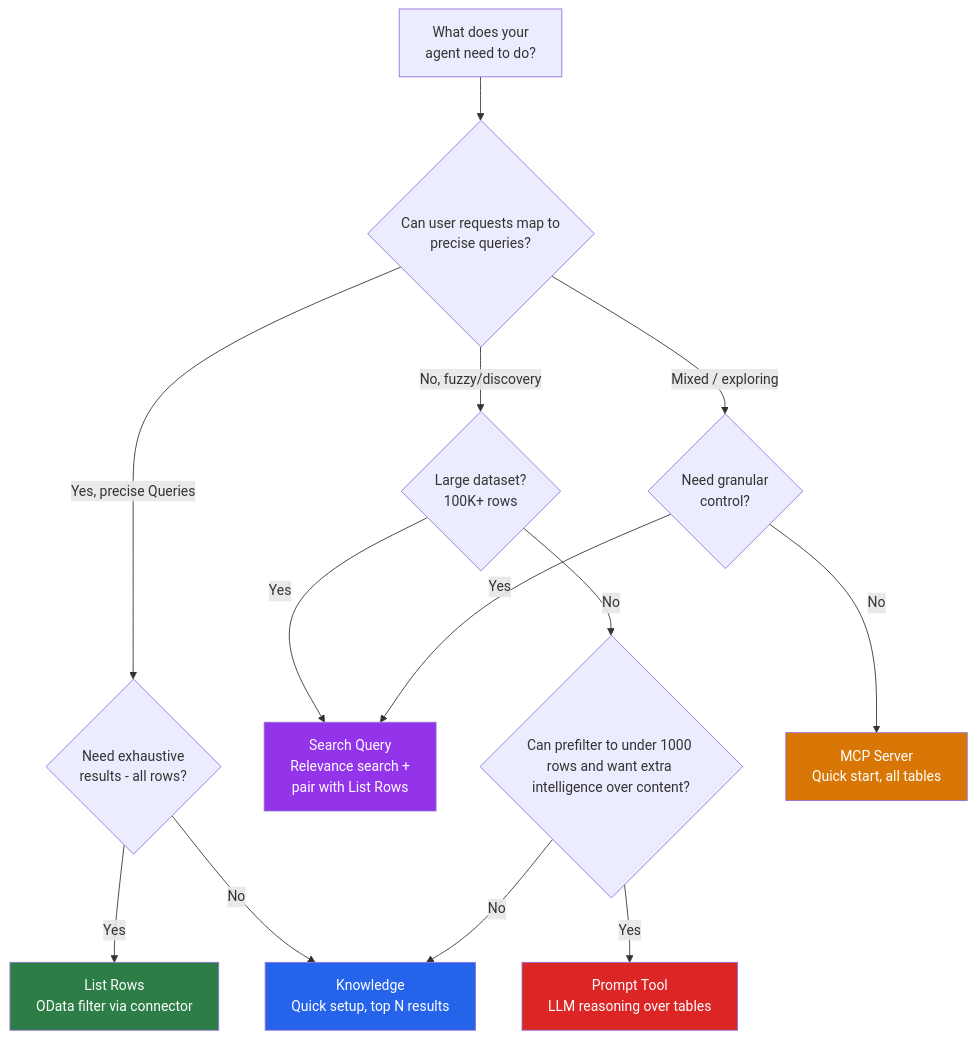
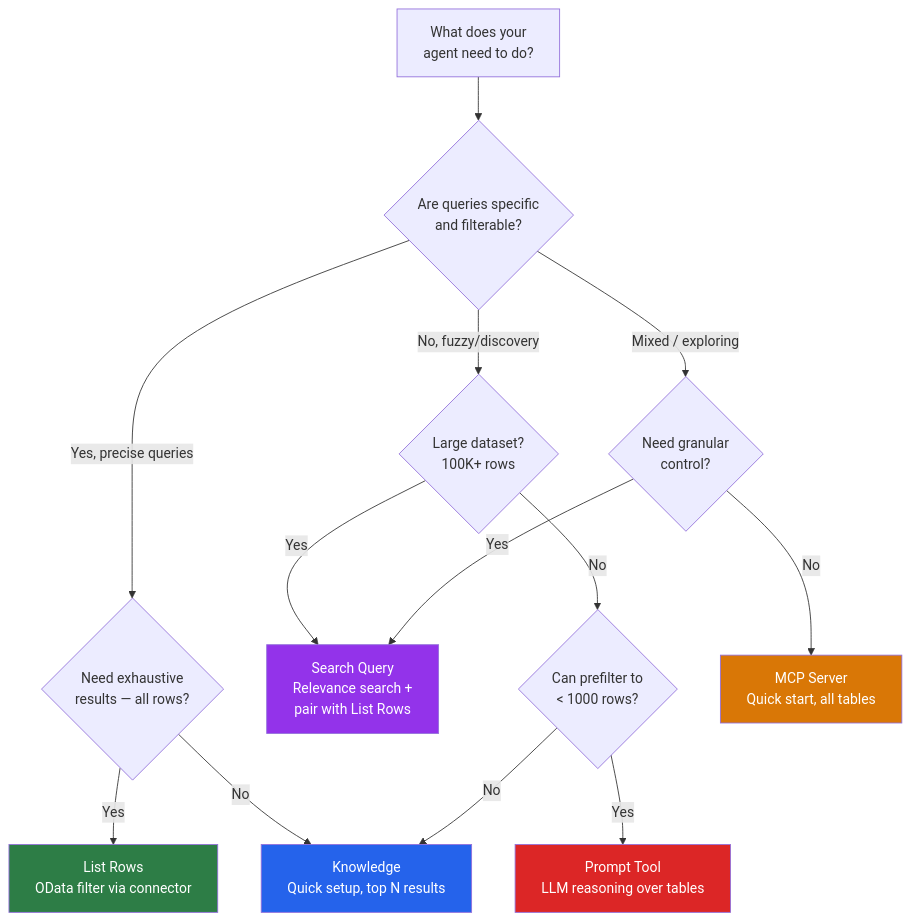
The first of 5 diagrams in _posts/2026-04-10-dataverse-retrieval-patterns-copilot-studio.md (microsoft/mcscatblog), drawn with Mermaid before and after one commit. The commit also changed other lines of this file and 1 other file, not shown here.

````diff
--- a/_posts/2026-04-10-dataverse-retrieval-patterns-copilot-studio.md
+++ b/_posts/2026-04-10-dataverse-retrieval-patterns-copilot-studio.md
@@ -55,24 +61,24 @@
 ```mermaid
 flowchart TD
-    START["What does your<br>agent need to do?"] --> Q1{"Can user requests map to<br>precise queries?"}
+    START["What does your<br>agent need to do?"] --> Q1{"Are queries specific<br>and filterable?"}
     
-    Q1 -- "Yes, precise Queries" --> Q2{"Need exhaustive<br>results - all rows?"}
+    Q1 -- "Yes, precise queries" --> Q2{"Need exhaustive<br>results — all rows?"}
     Q2 -- Yes --> LISTROWS["List Rows<br>OData filter via connector"]
     Q2 -- No --> KNOWLEDGE["Knowledge<br>Quick setup, top N results"]
     
     Q1 -- "No, fuzzy/discovery" --> Q3{"Large dataset?<br>100K+ rows"}
     Q3 -- Yes --> SEARCH["Search Query<br>Relevance search +<br>pair with List Rows"]
-    Q3 -- No --> Q4{"Can prefilter to under 1000 rows and want extra intelligence over content?"}
+    Q3 -- No --> Q4{"Can prefilter to<br>< 1000 rows?"}
     Q4 -- Yes --> PROMPT["Prompt Tool<br>LLM reasoning over tables"]
     Q4 -- No --> KNOWLEDGE
     
     Q1 -- "Mixed / exploring" --> Q5{"Need granular<br>control?"}
     Q5 -- No --> MCP["MCP Server<br>Quick start, all tables"]
     Q5 -- Yes --> SEARCH["Search Query<br>Relevance search +<br>pair with List Rows"]
     
     style LISTROWS fill:#2d7d46,color:#fff
     style KNOWLEDGE fill:#2563eb,color:#fff
     style SEARCH fill:#9333ea,color:#fff
     style PROMPT fill:#dc2626,color:#fff
     style MCP fill:#d97706,color:#fff
 ```
````
